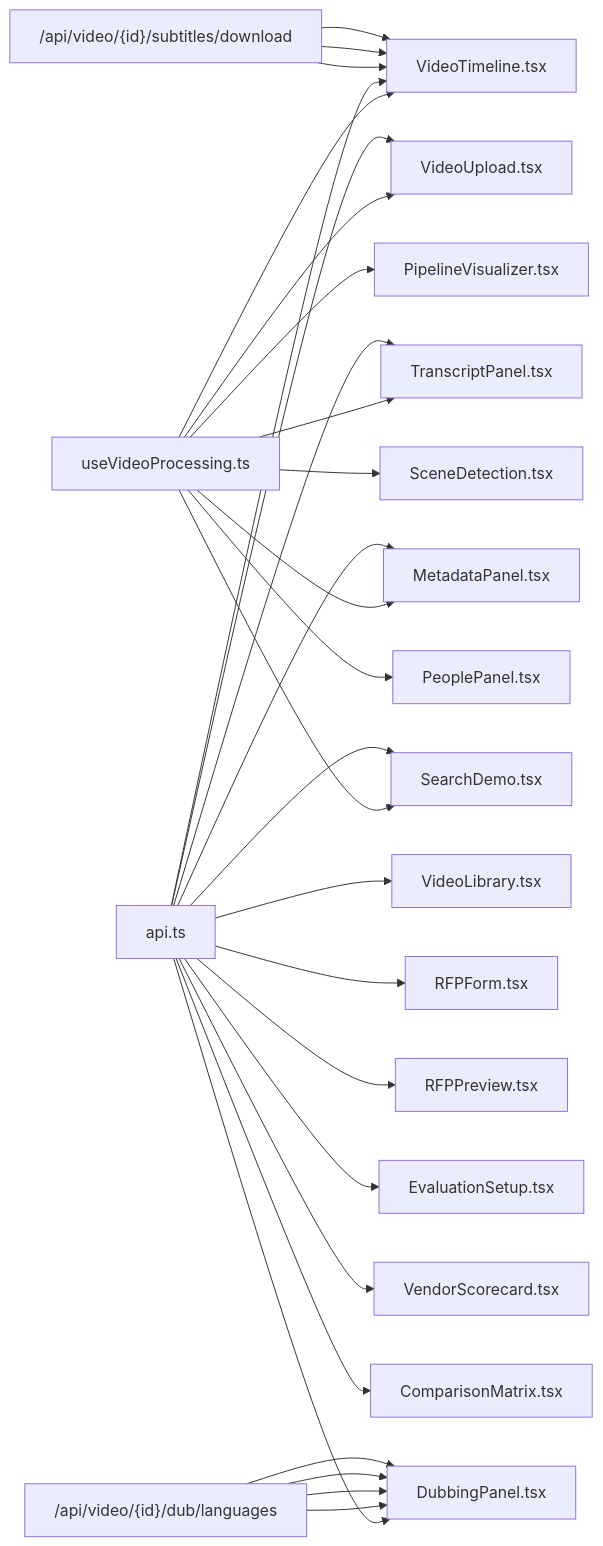
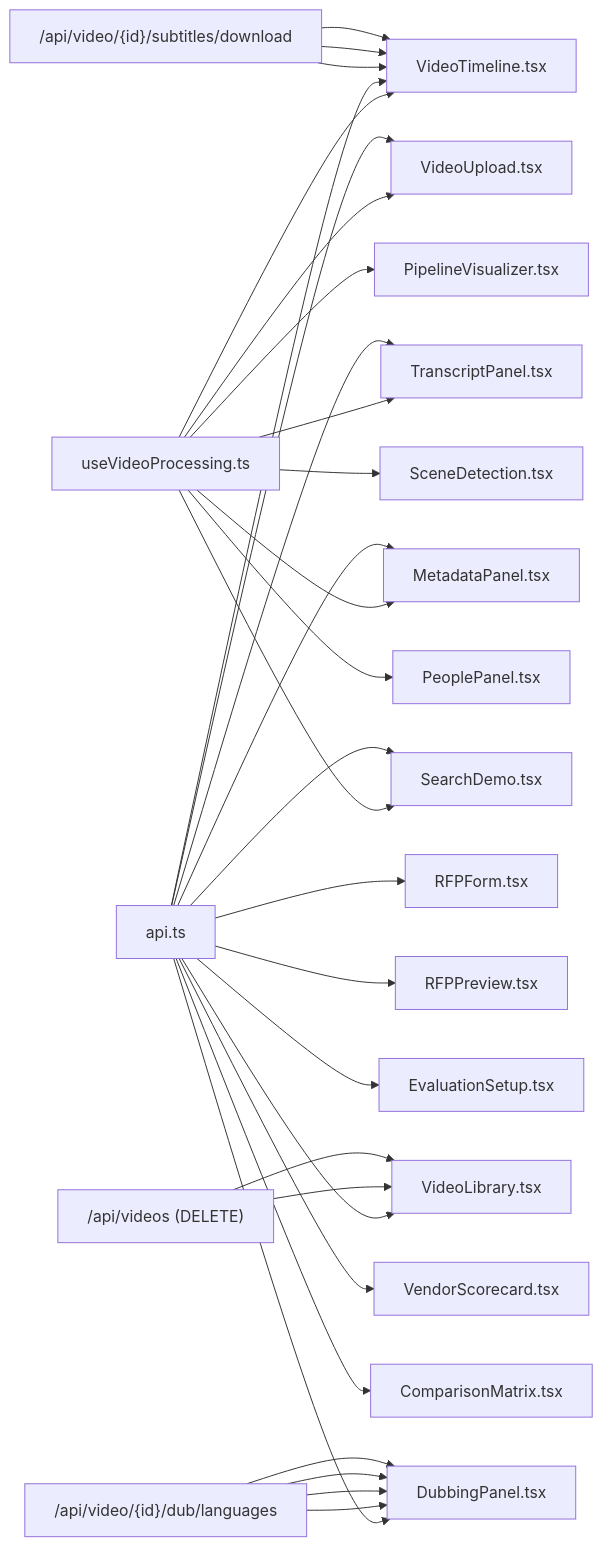
The third of 3 diagrams in .qoder/repowiki/en/content/Frontend Application/Component Library.md (alexandreybasta-cyber/dubai-media-ai), drawn with Mermaid before and after one commit. The commit also changed other lines of this file and 43 other files, not shown here.

````diff
--- a/.qoder/repowiki/en/content/Frontend Application/Component Library.md
+++ b/.qoder/repowiki/en/content/Frontend Application/Component Library.md
@@ -863,30 +899,32 @@
 ```mermaid
 graph LR
 UV["useVideoProcessing.ts"] --> VU["VideoUpload.tsx"]
 UV --> VT["VideoTimeline.tsx"]
 UV --> TP["TranscriptPanel.tsx"]
 UV --> MP["MetadataPanel.tsx"]
 UV --> SD["SearchDemo.tsx"]
 UV --> PV["PipelineVisualizer.tsx"]
 UV --> SC["SceneDetection.tsx"]
 UV --> PP["PeoplePanel.tsx"]
 API["api.ts"] --> VU
 API --> VT
 API --> TP
 API --> MP
 API --> SD
 API --> VL["VideoLibrary.tsx"]
 API --> DBP["DubbingPanel.tsx"]
 API --> RF["RFPForm.tsx"]
 API --> RP["RFPPreview.tsx"]
 API --> ES["EvaluationSetup.tsx"]
 API --> VS["VendorScorecard.tsx"]
 API --> CM["ComparisonMatrix.tsx"]
 SUBT["Backend Subtitle API"] --> VT
 SUBT["/api/video/{id}/subtitles"] --> VT
 SUBT["/api/video/{id}/subtitles/download"] --> VT
 DUB["Backend Dubbing API"] --> DBP
 DUB["/api/video/{id}/dub"] --> DBP
 DUB["/api/video/{id}/dub/status"] --> DBP
 DUB["/api/video/{id}/dub/languages"] --> DBP
+DELETE["Backend Delete API"] --> VL
+DELETE["/api/videos (DELETE)"] --> VL
 ```
````
